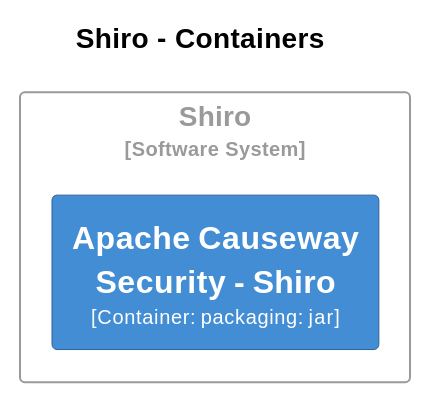
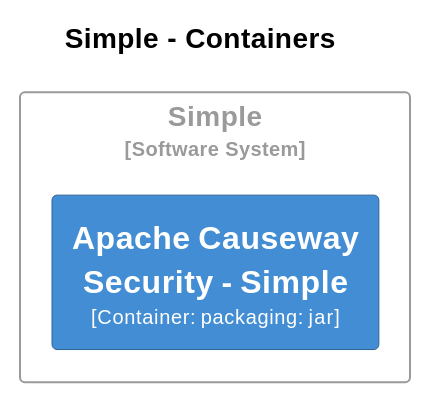
Before and after one commit to apache/causeway: diagram 12 of 31 in core/adoc/modules/_overview/pages/about.adoc, drawn with PlantUML. The commit also changed other lines of this file and 186 other files, not shown here.

```diff
--- a/core/adoc/modules/_overview/pages/about.adoc
+++ b/core/adoc/modules/_overview/pages/about.adoc
@@ -2260,35 +2205,35 @@
-[plantuml,Shiro,svg]
+[plantuml,Simple,svg]
 ----
 @startuml
 set separator none
-title Shiro - Containers
+title Simple - Containers
 
 left to right direction
 
 skinparam {
   arrowFontSize 10
   defaultTextAlignment center
   wrapWidth 200
   maxMessageSize 100
 }
 
 hide stereotype
 
-skinparam rectangle<<Shiro.ApacheCausewaySecurityShiro>> {
+skinparam rectangle<<Simple.ApacheCausewaySecuritySimple>> {
   BackgroundColor #438dd5
   FontColor #fffffe
   BorderColor #2e6295
   shadowing false
 }
-skinparam rectangle<<Shiro>> {
+skinparam rectangle<<Simple>> {
   BorderColor #9a9a9a
   FontColor #9a9a9a
   shadowing false
 }
 
-rectangle "Shiro\n<size:10>[Software System]</size>" <<Shiro>> {
-  rectangle "==Apache Causeway Security - Shiro\n<size:10>[Container: packaging: jar]</size>" <<Shiro.ApacheCausewaySecurityShiro>> as Shiro.ApacheCausewaySecurityShiro
+rectangle "Simple\n<size:10>[Software System]</size>" <<Simple>> {
+  rectangle "==Apache Causeway Security - Simple\n<size:10>[Container: packaging: jar]</size>" <<Simple.ApacheCausewaySecuritySimple>> as Simple.ApacheCausewaySecuritySimple
 }
 
 @enduml
 ----
```
